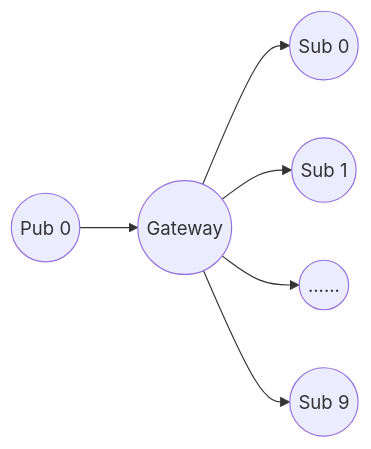
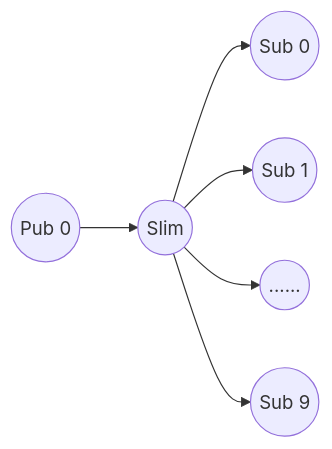
Before and after one commit to agntcy/slim: the diagram in data-plane/testing/README.md, drawn with Mermaid. The commit also changed other lines of this file and 384 other files, not shown here.

````diff
--- a/data-plane/testing/README.md
+++ b/data-plane/testing/README.md
@@ -108,8 +108,8 @@
 ```mermaid
 graph LR
-B((Gateway))--> A((Sub 0))
+B((Slim))--> A((Sub 0))
 B --> C((Sub 1))
 B --> D((......))
 B --> E((Sub 9))
 F((Pub 0)) --> B
 ```
````
